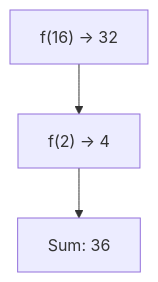
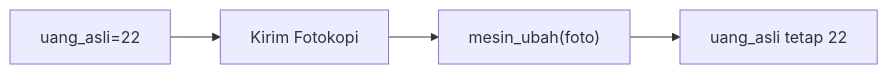
Before and after one commit to amnahwaida/OSNK_INF_PREP: diagram 14 of 25 in part-c-pemahaman-cpp/04-fungsi/latihan/set-10.md, drawn with Mermaid. The commit also changed other lines of this file and 71 other files, not shown here.

````diff
--- a/part-c-pemahaman-cpp/04-fungsi/latihan/set-10.md
+++ b/part-c-pemahaman-cpp/04-fungsi/latihan/set-10.md
@@ -365,5 +385,6 @@
 ```mermaid
-graph TD
-A["f(16) -> 32"] --> B["f(2) -> 4"]
-B --> C["Sum: 36"]
+graph LR
+A["uang_asli=22"] --> B["Kirim Fotokopi"]
+B --> C["mesin_ubah(foto)"]
+C --> D["uang_asli tetap 22"]
 ```
````
